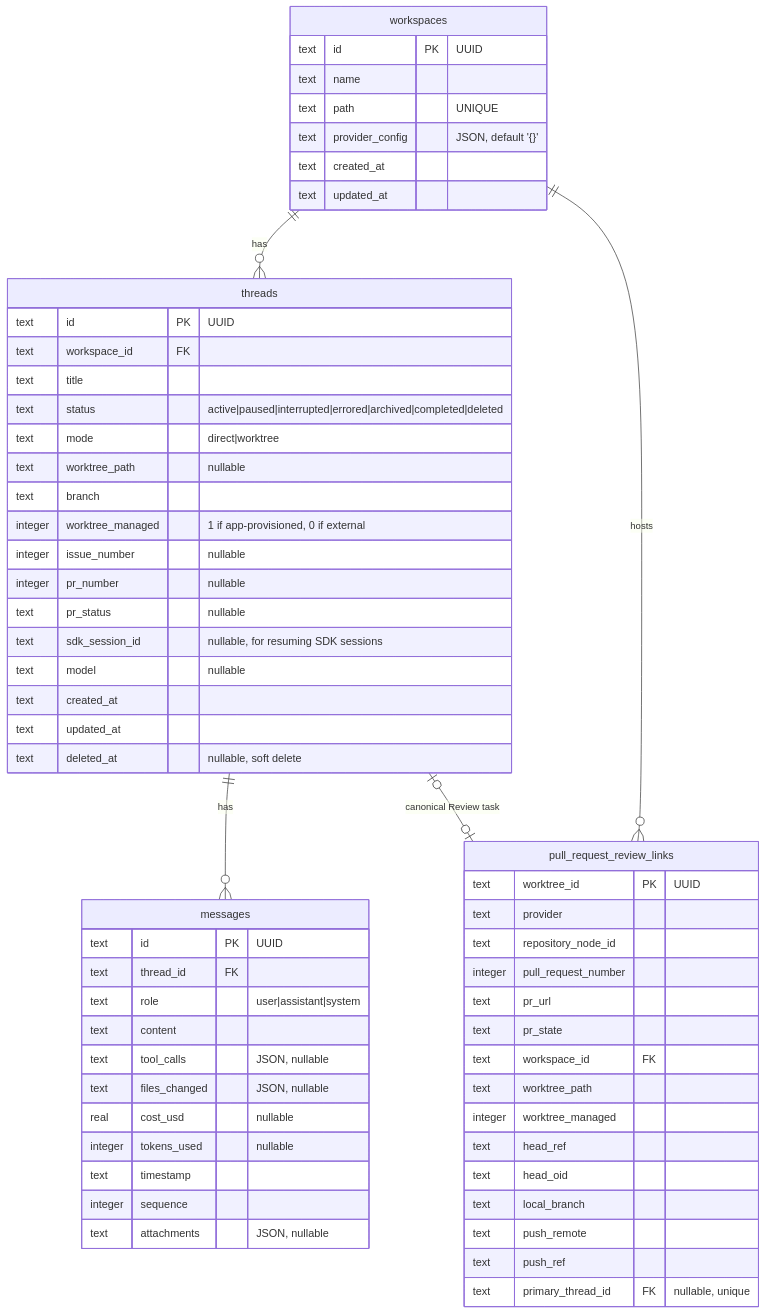
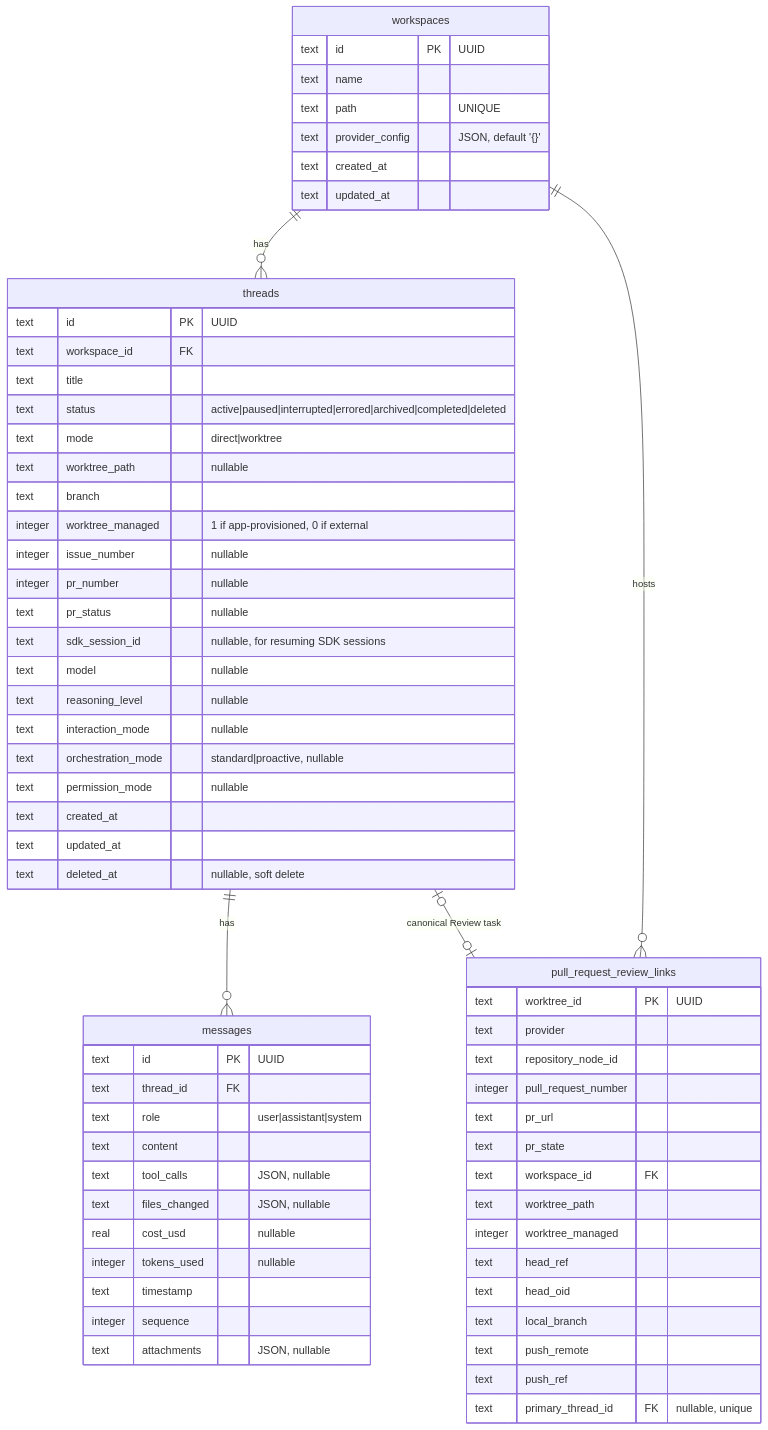
Before and after one commit to Mzeey-Emipre/mcode: the fourth of 6 diagrams in ARCHITECTURE.md, drawn with Mermaid. The commit also changed 32 other files, not shown here.

````diff
--- a/ARCHITECTURE.md
+++ b/ARCHITECTURE.md
@@ -262,67 +262,71 @@
 ```mermaid
 erDiagram
     workspaces {
         text id PK "UUID"
         text name
         text path "UNIQUE"
         text provider_config "JSON, default '{}'"
         text created_at
         text updated_at
     }
 
     threads {
         text id PK "UUID"
         text workspace_id FK
         text title
         text status "active|paused|interrupted|errored|archived|completed|deleted"
         text mode "direct|worktree"
         text worktree_path "nullable"
         text branch
         integer worktree_managed "1 if app-provisioned, 0 if external"
         integer issue_number "nullable"
         integer pr_number "nullable"
         text pr_status "nullable"
         text sdk_session_id "nullable, for resuming SDK sessions"
         text model "nullable"
+        text reasoning_level "nullable"
+        text interaction_mode "nullable"
+        text orchestration_mode "standard|proactive, nullable"
+        text permission_mode "nullable"
         text created_at
         text updated_at
         text deleted_at "nullable, soft delete"
     }
 
     messages {
         text id PK "UUID"
         text thread_id FK
         text role "user|assistant|system"
         text content
         text tool_calls "JSON, nullable"
         text files_changed "JSON, nullable"
         real cost_usd "nullable"
         integer tokens_used "nullable"
         text timestamp
         integer sequence
         text attachments "JSON, nullable"
     }
 
     pull_request_review_links {
         text worktree_id PK "UUID"
         text provider
         text repository_node_id
         integer pull_request_number
         text pr_url
         text pr_state
         text workspace_id FK
         text worktree_path
         integer worktree_managed
         text head_ref
         text head_oid
         text local_branch
         text push_remote
         text push_ref
         text primary_thread_id FK "nullable, unique"
     }
 
     workspaces ||--o{ threads : "has"
     threads ||--o{ messages : "has"
     workspaces ||--o{ pull_request_review_links : "hosts"
     threads |o--o| pull_request_review_links : "canonical Review task"
 ```
````
